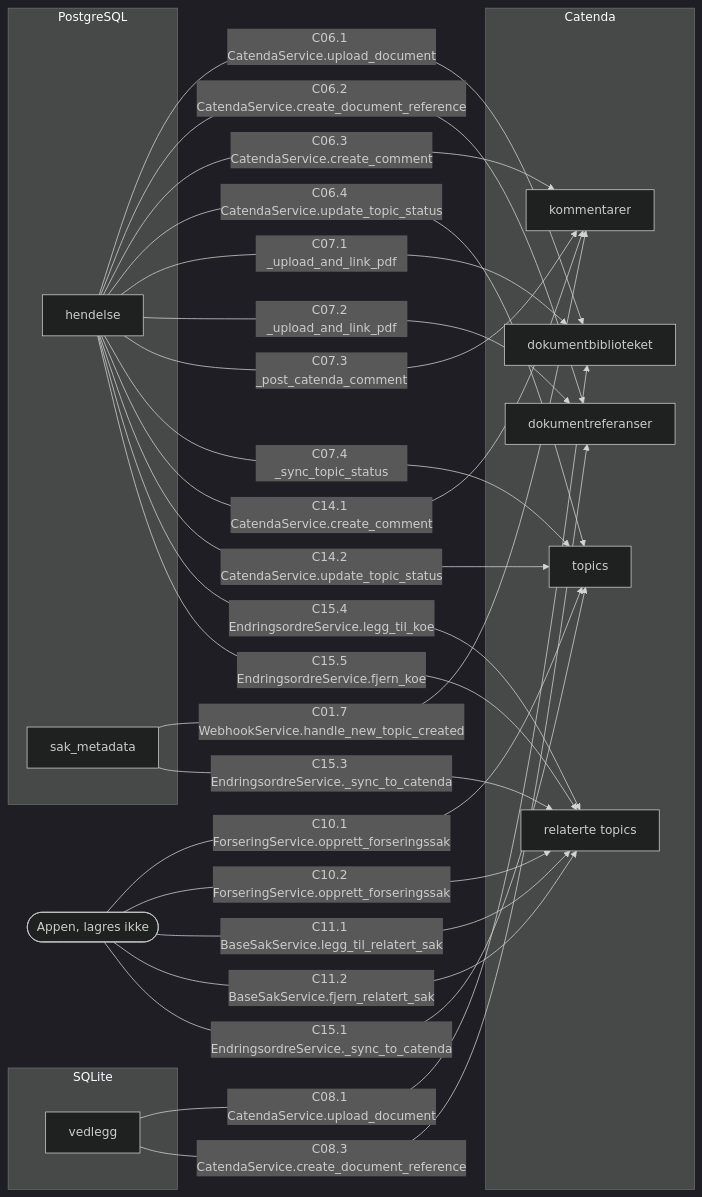
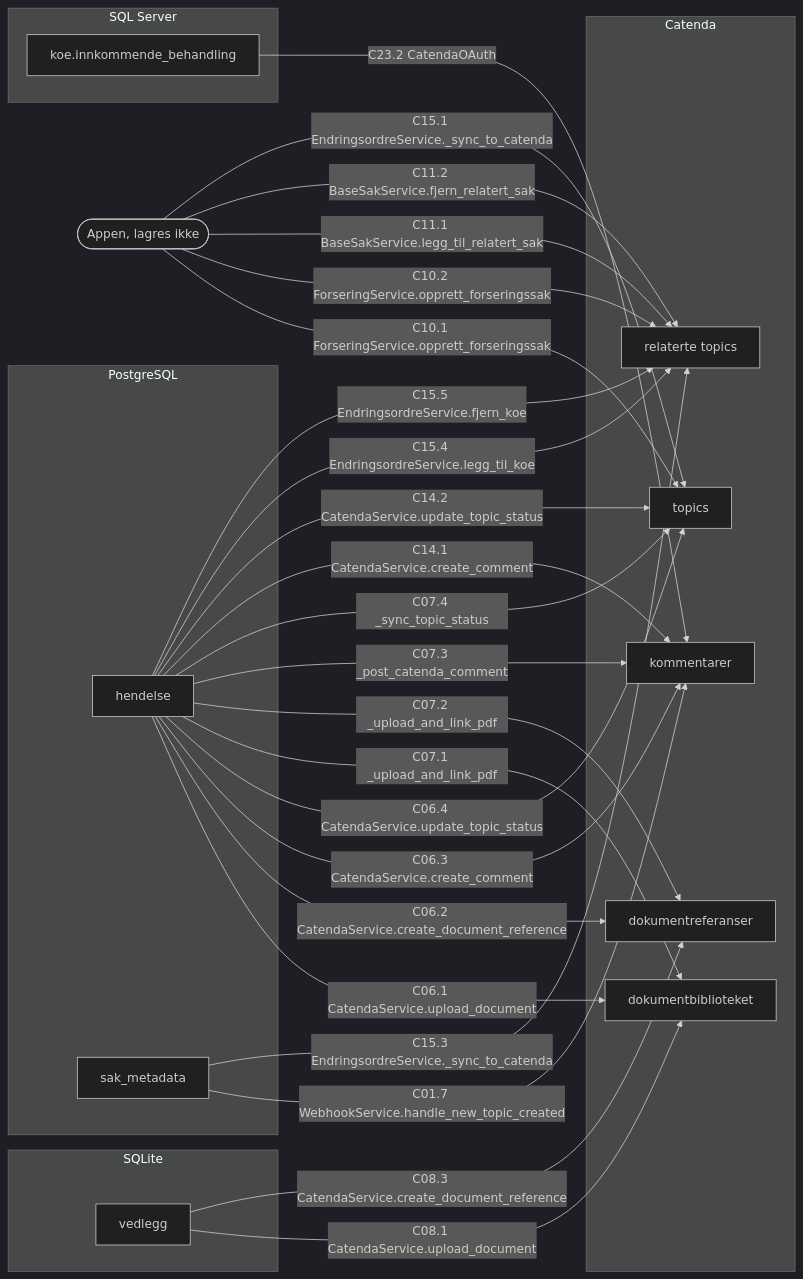
One commit to khjohns/endringsmeldinger changed the fifth of 6 diagrams in docs/datamodell/relasjoner.md. Above: the diagram before and after it, drawn with Mermaid (dark theme). The commit also changed other lines of this file and 6 other files, not shown here.

````diff
--- a/docs/datamodell/relasjoner.md
+++ b/docs/datamodell/relasjoner.md
@@ -766,39 +792,43 @@
 ```mermaid
 flowchart LR
     subgraph g0["Catenda"]
         c_topic["topics"]
         c_kommentar["kommentarer"]
         c_relasjon["relaterte topics"]
         c_dokument["dokumentbiblioteket"]
         c_dokumentreferanse["dokumentreferanser"]
     end
     subgraph g1["PostgreSQL"]
         t_hendelse["hendelse"]
         t_sak_metadata["sak_metadata"]
     end
     subgraph g2["SQLite"]
         t_vedlegg["vedlegg"]
+    end
+    subgraph g3["SQL Server"]
+        t_koe_innkommende_behandling["koe.innkommende_behandling"]
     end
     t_appen(["Appen, lagres ikke"])
     t_sak_metadata -->|"C01.7 WebhookService.handle_new_topic_created"| c_kommentar
     t_hendelse -->|"C06.1 CatendaService.upload_document"| c_dokument
     t_hendelse -->|"C06.2 CatendaService.create_document_reference"| c_dokumentreferanse
     t_hendelse -->|"C06.3 CatendaService.create_comment"| c_kommentar
     t_hendelse -->|"C06.4 CatendaService.update_topic_status"| c_topic
     t_hendelse -->|"C07.1 _upload_and_link_pdf"| c_dokument
     t_hendelse -->|"C07.2 _upload_and_link_pdf"| c_dokumentreferanse
     t_hendelse -->|"C07.3 _post_catenda_comment"| c_kommentar
     t_hendelse -->|"C07.4 _sync_topic_status"| c_topic
     t_vedlegg -->|"C08.1 CatendaService.upload_document"| c_dokument
     t_vedlegg -->|"C08.3 CatendaService.create_document_reference"| c_dokumentreferanse
     t_appen -->|"C10.1 ForseringService.opprett_forseringssak"| c_topic
     t_appen -->|"C10.2 ForseringService.opprett_forseringssak"| c_relasjon
     t_appen -->|"C11.1 BaseSakService.legg_til_relatert_sak"| c_relasjon
     t_appen -->|"C11.2 BaseSakService.fjern_relatert_sak"| c_relasjon
     t_hendelse -->|"C14.1 CatendaService.create_comment"| c_kommentar
     t_hendelse -->|"C14.2 CatendaService.update_topic_status"| c_topic
     t_appen -->|"C15.1 EndringsordreService._sync_to_catenda"| c_topic
     t_sak_metadata -->|"C15.3 EndringsordreService._sync_to_catenda"| c_relasjon
     t_hendelse -->|"C15.4 EndringsordreService.legg_til_koe"| c_relasjon
     t_hendelse -->|"C15.5 EndringsordreService.fjern_koe"| c_relasjon
+    t_koe_innkommende_behandling -->|"C23.2 CatendaOAuth"| c_kommentar
 ```
````
